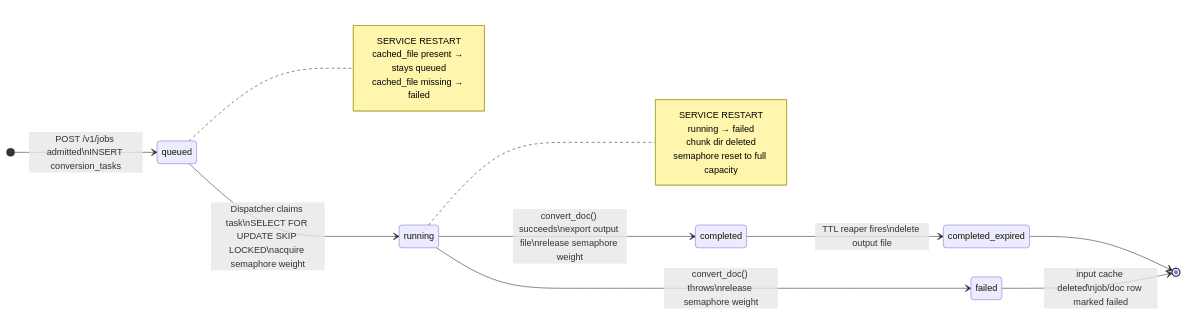
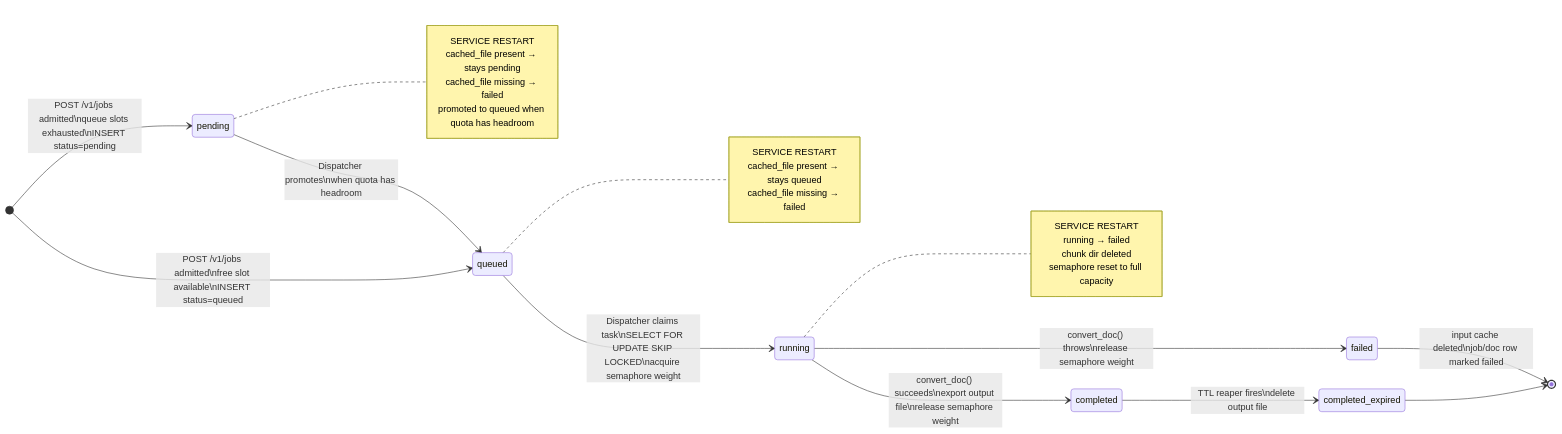
One commit to IBM/project-ai-services changed the sixth of 6 diagrams in docs/proposals/docling_conversion_queue.md. Above: the diagram before and after it, drawn with Mermaid. The commit also changed other lines of this file, not shown here.

````diff
--- a/docs/proposals/docling_conversion_queue.md
+++ b/docs/proposals/docling_conversion_queue.md
@@ -844,30 +968,41 @@
 ```mermaid
 stateDiagram-v2
     direction LR
 
-    [*] --> queued : POST /v1/jobs admitted\nINSERT conversion_tasks
+    [*] --> pending : POST /v1/jobs admitted\nqueue slots exhausted\nINSERT status=pending
+
+    [*] --> queued : POST /v1/jobs admitted\nfree slot available\nINSERT status=queued
+
+    pending --> queued : Dispatcher promotes\nwhen quota has headroom
 
     queued --> running : Dispatcher claims task\nSELECT FOR UPDATE SKIP LOCKED\nacquire semaphore weight
 
     running --> completed : convert_doc() succeeds\nexport output file\nrelease semaphore weight
 
     running --> failed : convert_doc() throws\nrelease semaphore weight
 
     completed --> completed_expired : TTL reaper fires\ndelete output file
 
     completed_expired --> [*]
     failed --> [*] : input cache deleted\njob/doc row marked failed
 
     note right of running
         SERVICE RESTART
         running → failed
         chunk dir deleted
         semaphore reset to full capacity
     end note
 
     note right of queued
         SERVICE RESTART
         cached_file present → stays queued
         cached_file missing → failed
     end note
+
+    note right of pending
+        SERVICE RESTART
+        cached_file present → stays pending
+        cached_file missing → failed
+        promoted to queued when quota has headroom
+    end note
 ```
````
